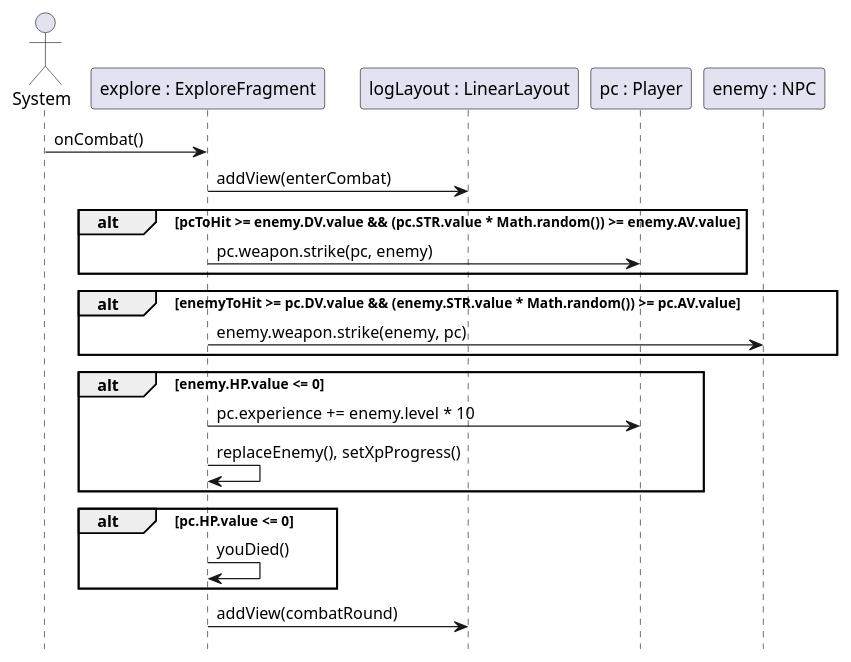
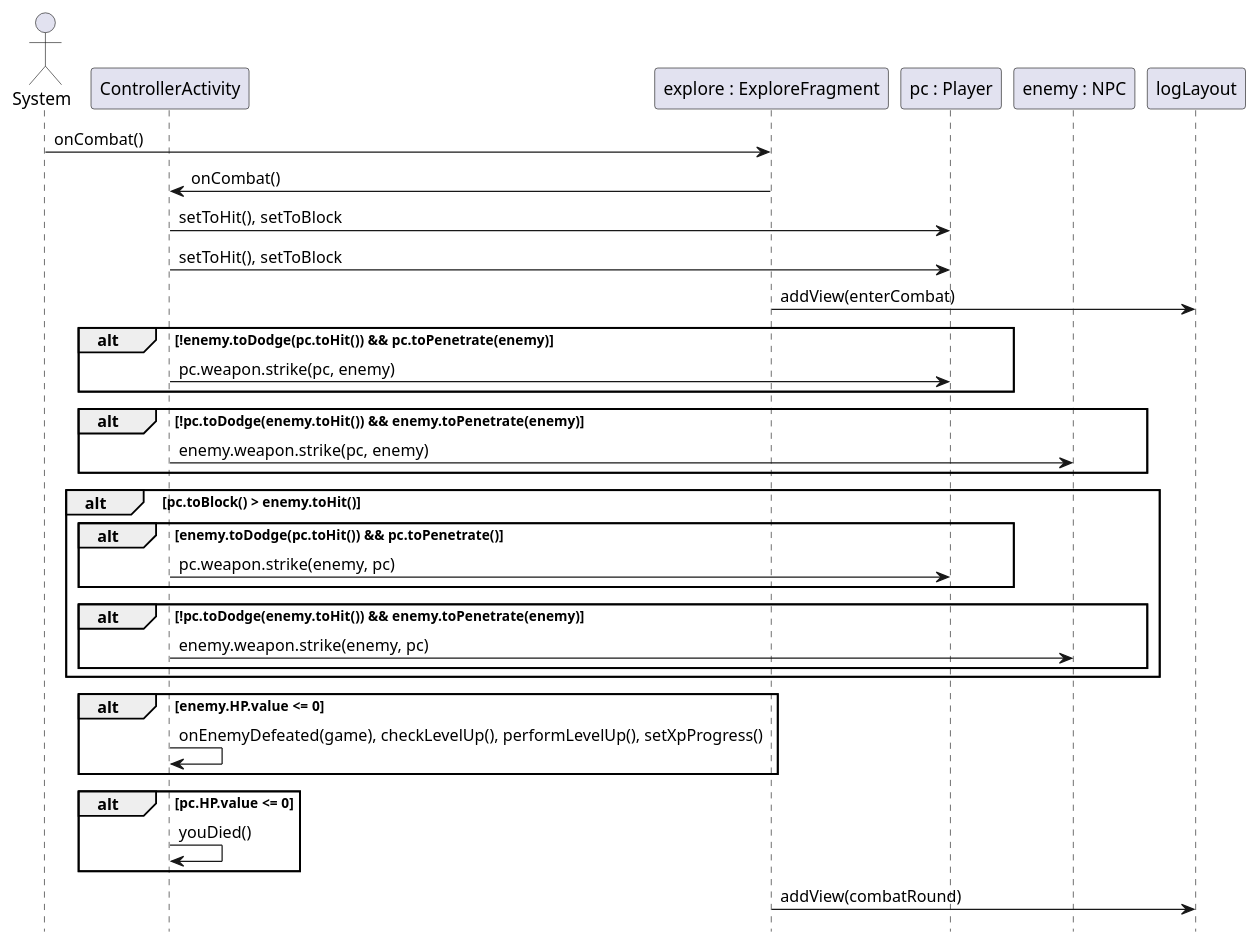
Before and after one commit to dgoldman30/Dungeon_Crawler: the first of 8 diagrams in app/src/main/doc/design.md, drawn with PlantUML. The commit also changed other lines of this file and 7 other files, not shown here.

````diff
--- a/app/src/main/doc/design.md
+++ b/app/src/main/doc/design.md
@@ -4,35 +4,47 @@
 ```plantuml
 @startuml
 hide footbox
 
 actor System
+participant ControllerActivity
 participant "explore : ExploreFragment" as exploreFragment
-participant "logLayout : LinearLayout" as logLayout
 participant "pc : Player" as pc
 participant "enemy : NPC" as enemy
 
 System -> exploreFragment: onCombat()
+exploreFragment -> ControllerActivity: onCombat()
+ControllerActivity -> pc: setToHit(), setToBlock
+ControllerActivity -> pc: setToHit(), setToBlock
 exploreFragment -> logLayout: addView(enterCombat)
 
-alt pcToHit >= enemy.DV.value && (pc.STR.value * Math.random()) >= enemy.AV.value
-exploreFragment -> pc: pc.weapon.strike(pc, enemy)
+alt !enemy.toDodge(pc.toHit()) && pc.toPenetrate(enemy)
+ControllerActivity -> pc: pc.weapon.strike(pc, enemy)
 end
 
-alt enemyToHit >= pc.DV.value && (enemy.STR.value * Math.random()) >= pc.AV.value
-exploreFragment -> enemy: enemy.weapon.strike(enemy, pc)
+alt !pc.toDodge(enemy.toHit()) && enemy.toPenetrate(enemy)
+ControllerActivity -> enemy: enemy.weapon.strike(pc, enemy)
+end
+
+alt pc.toBlock() > enemy.toHit()
+    alt enemy.toDodge(pc.toHit()) && pc.toPenetrate()
+    ControllerActivity -> pc: pc.weapon.strike(enemy, pc)
+    end
+    alt !pc.toDodge(enemy.toHit()) && enemy.toPenetrate(enemy)
+    ControllerActivity -> enemy: enemy.weapon.strike(enemy, pc)
+    end
 end
 
 
+
 alt enemy.HP.value <= 0
-exploreFragment -> pc: pc.experience += enemy.level * 10
-exploreFragment -> exploreFragment: replaceEnemy(), setXpProgress()
+ControllerActivity -> ControllerActivity: onEnemyDefeated(game), checkLevelUp(), performLevelUp(), setXpProgress()
 end
 
 alt pc.HP.value <= 0
-exploreFragment -> exploreFragment: youDied()
+ControllerActivity -> ControllerActivity: youDied()
 end
 
 exploreFragment -> logLayout: addView(combatRound)
 
 @enduml
 ```
````
